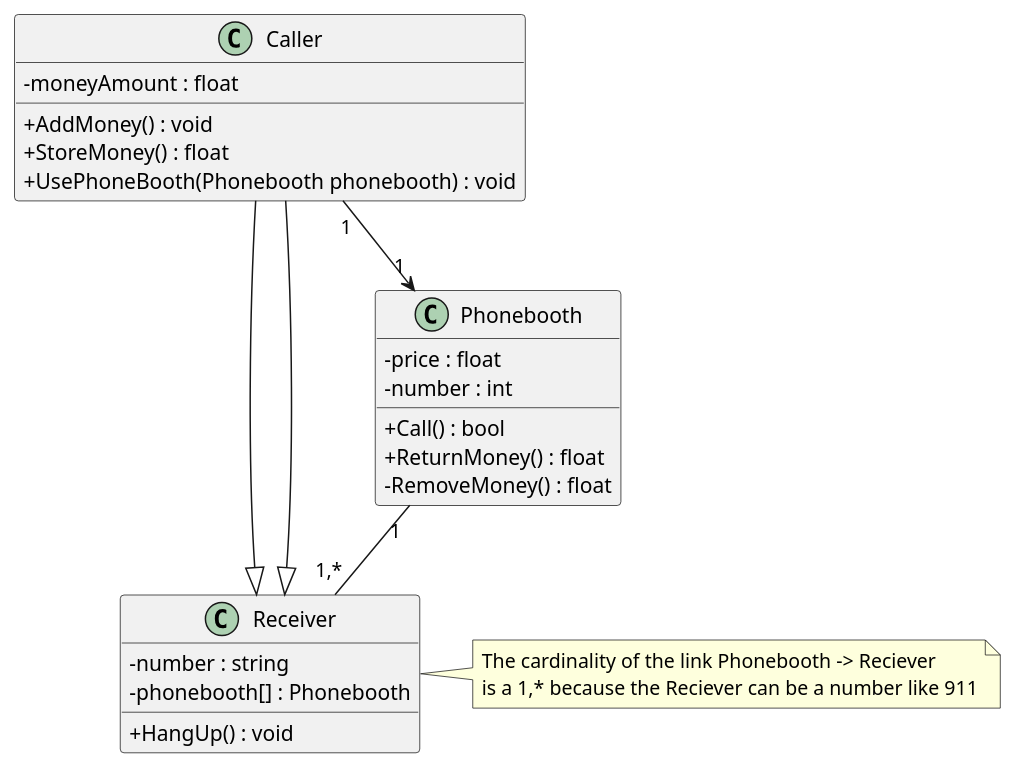
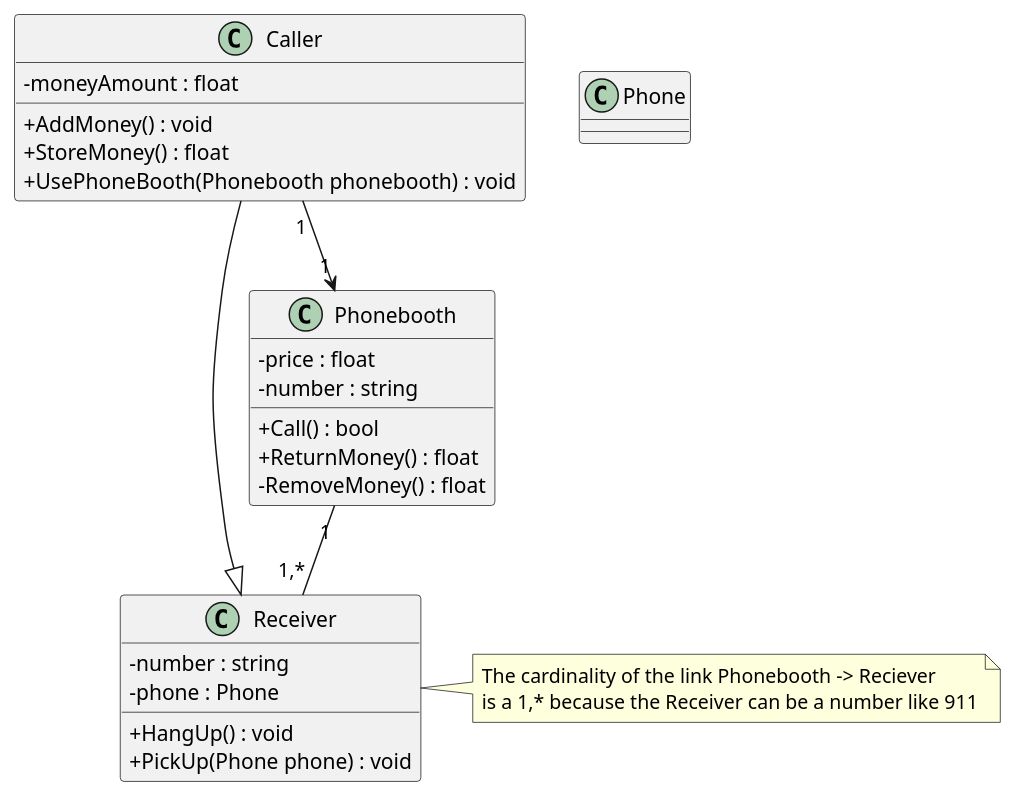
The diagram in documentation/ClassDiagram-publiphone.puml (CPNV-ES/UML1-BJV), drawn with PlantUML before and after one commit. The commit also changed 2 other files, not shown here.

```diff
--- a/documentation/ClassDiagram-publiphone.puml
+++ b/documentation/ClassDiagram-publiphone.puml
@@ -1,35 +1,40 @@
 @startuml
 skinparam classAttributeIconSize 0
 class Caller {
     - moneyAmount : float
     + AddMoney() : void
     + StoreMoney() : float
     + UsePhoneBooth(Phonebooth phonebooth) : void 
 
 }
 class Phonebooth {
     - price : float
-    - number : int
+    - number : string
     + Call() : bool
     + ReturnMoney() : float
     - RemoveMoney() : float
 }
 
+
 class Receiver {
+    - number : string
+    - phone : Phone
+    + HangUp() : void
+    + PickUp(Phone phone) : void
+}
 
-    - number : string
-    - phonebooth[] : Phonebooth
-    + HangUp() : void
+class Phone {
+
 }
+
 Caller --|> Receiver
 
-Caller --|> Receiver
 Caller "1" --> "1" Phonebooth
 Phonebooth "1" -- "1,*" Receiver
 
 note right of Receiver
   The cardinality of the link Phonebooth -> Reciever
-  is a 1,* because the Reciever can be a number like 911
+  is a 1,* because the Receiver can be a number like 911
 end note
 
 @enduml
```
